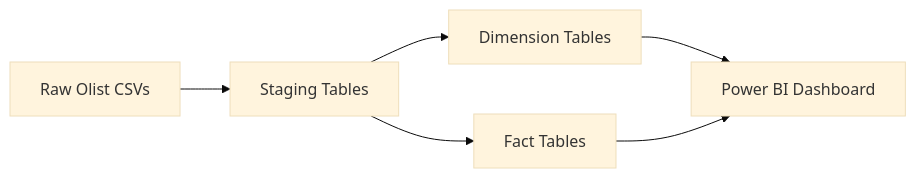
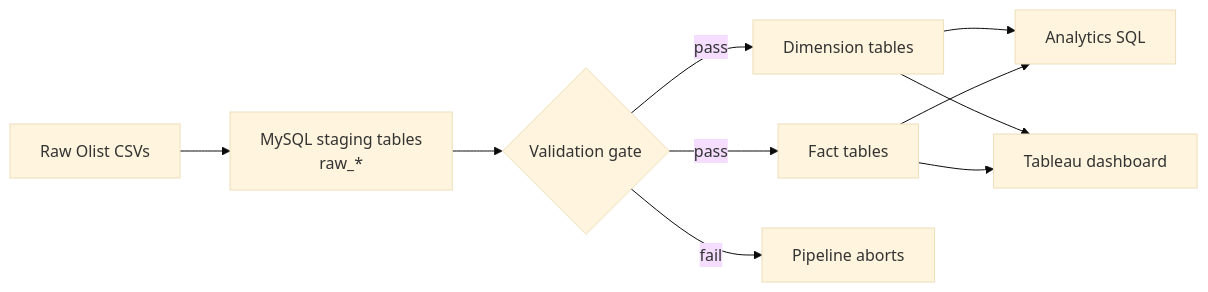
One commit to despoileralert/sales-intelligence-platform changed the first of 2 diagrams in README.md. Above: the diagram before and after it, drawn with Mermaid (base theme). The commit also changed other lines of this file and 11 other files, not shown here.

````diff
--- a/README.md
+++ b/README.md
@@ -17,16 +39,12 @@
 ```mermaid
 flowchart LR
-
-    RAW[Raw Olist CSVs]
-    STAGING[Staging Tables]
-    DIMS[Dimension Tables]
-    FACT[Fact Tables]
-    PBI[Power BI Dashboard]
-
-    RAW --> STAGING
-    STAGING --> DIMS
-    STAGING --> FACT
-    DIMS --> PBI
-    FACT --> PBI
-    
+    RAW[Raw Olist CSVs] --> STAGING[MySQL staging tables<br/>raw_*]
+    STAGING --> VALIDATE{Validation gate}
+    VALIDATE -- pass --> DIMS[Dimension tables]
+    VALIDATE -- pass --> FACTS[Fact tables]
+    VALIDATE -- fail --> STOP[Pipeline aborts]
+    DIMS --> SQL[Analytics SQL]
+    FACTS --> SQL
+    DIMS --> BI[Tableau dashboard]
+    FACTS --> BI
 ```
````
